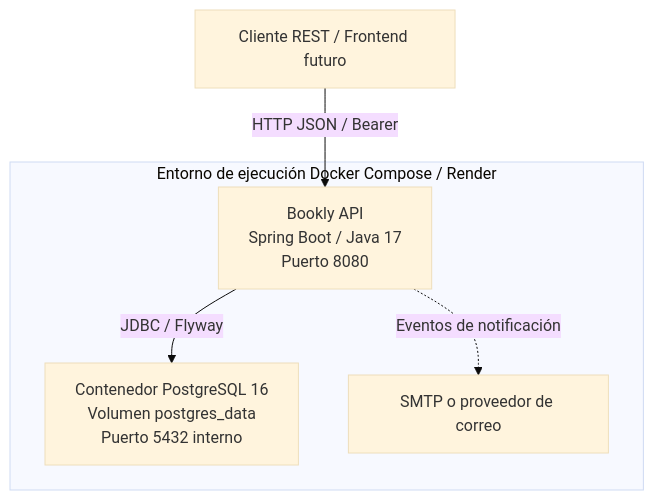
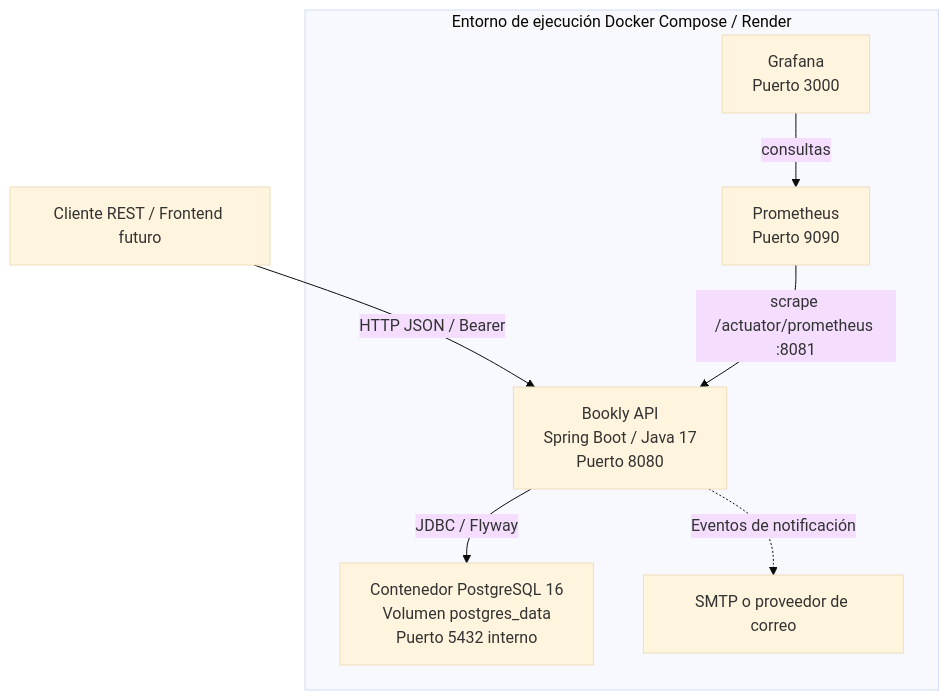
One commit to Code-Factory-Bookly/backendcf changed the third of 8 diagrams in README_ARQUITECTURA.md. Above: the diagram before and after it, drawn with Mermaid (base theme). The commit also changed other lines of this file and 21 other files, not shown here.

````diff
--- a/README_ARQUITECTURA.md
+++ b/README_ARQUITECTURA.md
@@ -76,12 +76,16 @@
 ```mermaid
 flowchart TB
     Client[Cliente REST / Frontend futuro]
     subgraph Runtime[Entorno de ejecución Docker Compose / Render]
         App[Bookly API<br/>Spring Boot / Java 17<br/>Puerto 8080]
         Db[Contenedor PostgreSQL 16<br/>Volumen postgres_data<br/>Puerto 5432 interno]
         Mail[SMTP o proveedor de correo]
+        Prom[Prometheus<br/>Puerto 9090]
+        Graf[Grafana<br/>Puerto 3000]
     end
     Client -->|HTTP JSON / Bearer| App
     App -->|JDBC / Flyway| Db
     App -.->|Eventos de notificación| Mail
+    Prom -->|scrape /actuator/prometheus :8081| App
+    Graf -->|consultas| Prom
 ```
````
